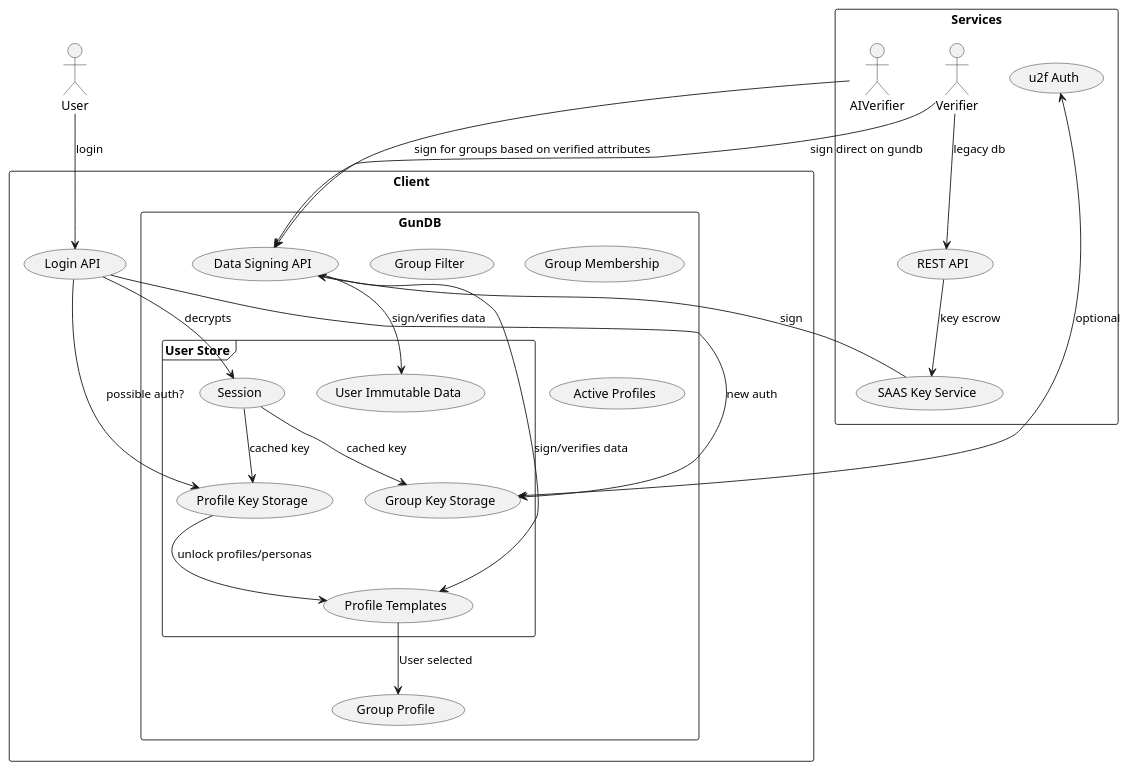
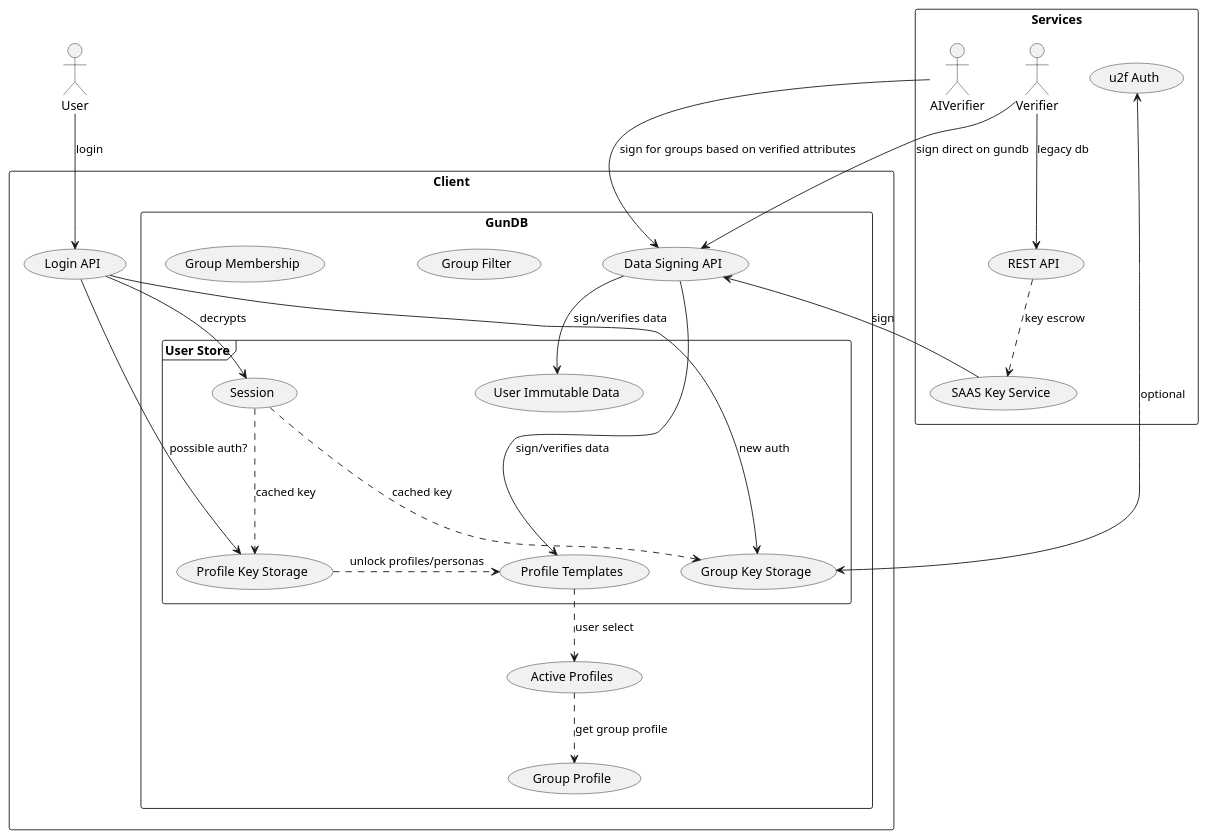
Before and after one commit to FyberLabs/s3r.ch: the diagram in session-uc.wsd, drawn with PlantUML. The commit also changed 1 other file, not shown here.

```diff
--- a/session-uc.wsd
+++ b/session-uc.wsd
@@ -1,51 +1,51 @@
 @startuml
 actor User
 rectangle Services {
   actor Verifier
   actor AIVerifier
   (SAAS Key Service)
   (REST API)
   (u2f Auth)
 }
 
 rectangle Client {
     (Login API)
     rectangle GunDB {
         (Data Signing API)
         (Group Filter)
 
         frame "User Store" {
             (Profile Key Storage)
             (Group Key Storage)
 
             (Session)
 
             (User Immutable Data)
 
             (Profile Templates)
         }
         (Group Membership)
         (Active Profiles)
         (Group Profile)
     }
 }
 
 (Login API) --> (Session) : decrypts
 (Login API) --> (Group Key Storage) : new auth
 (Group Key Storage) <-> (u2f Auth) : optional
 (Login API) --> (Profile Key Storage) : possible auth?
-(Session) --> (Group Key Storage) : cached key
-(Session) --> (Profile Key Storage) : cached key
-(Profile Key Storage) --> (Profile Templates) : unlock profiles/personas
-(Profile Templates) --> (Group Profile) : User selected
-(REST API) --> (SAAS Key Service) : key escrow
+(Session) ...> (Group Key Storage) : cached key
+(Session) ...> (Profile Key Storage) : cached key
+(Profile Key Storage) .> (Profile Templates) : unlock profiles/personas
+(Profile Templates) ..> (Active Profiles) : user select
+(REST API) ..> (SAAS Key Service) : key escrow
 Verifier --> (REST API) : legacy db
 User --> (Login API) : login
 Verifier --> (Data Signing API) : sign direct on gundb
 AIVerifier --> (Data Signing API) : sign for groups based on verified attributes
 (SAAS Key Service) --> (Data Signing API) : sign
 (Data Signing API) --> (User Immutable Data) : sign/verifies data
 (Data Signing API) --> (Profile Templates) : sign/verifies data
-
+(Active Profiles) ..> (Group Profile) : get group profile
 
 @enduml
```
